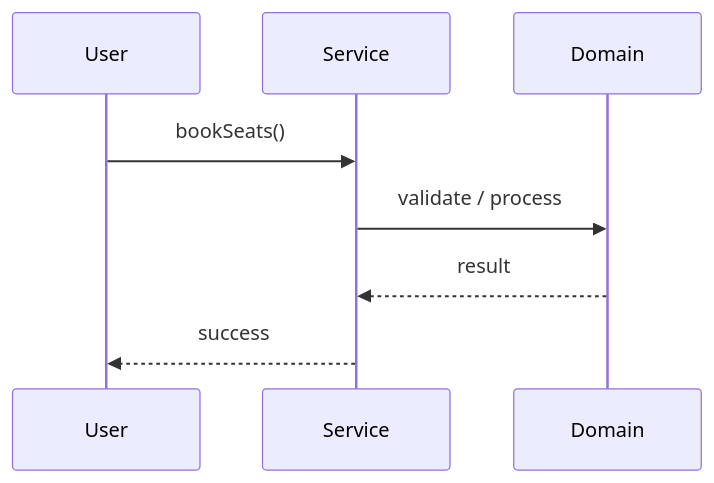
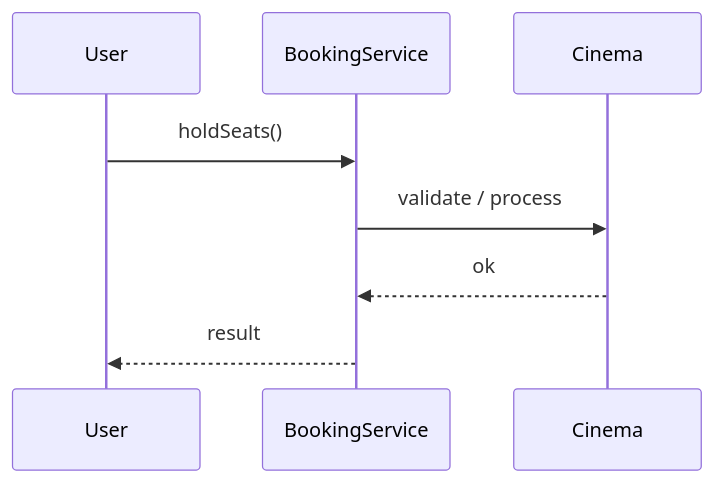
Before and after one commit to madhupaila/Interview-Prep-SSE: the second of 3 diagrams in Learn/System Design - Low Level Design/02-classic-ood/questions/Q19-movie-ticket-booking.md, drawn with Mermaid. The commit also changed other lines of this file and 491 other files, not shown here.

````diff
--- a/Learn/System Design - Low Level Design/02-classic-ood/questions/Q19-movie-ticket-booking.md
+++ b/Learn/System Design - Low Level Design/02-classic-ood/questions/Q19-movie-ticket-booking.md
@@ -122,10 +153,10 @@
 ```mermaid
 sequenceDiagram
-    participant U as User
-    participant S as Service
-    participant D as Domain
-    U->>S: bookSeats()
-    S->>D: validate / process
-    D-->>S: result
-    S-->>U: success
+participant U as User
+participant S as BookingService
+participant D as Cinema
+U->>S: holdSeats()
+S->>D: validate / process
+D-->>S: ok
+S-->>U: result
 ```
````
